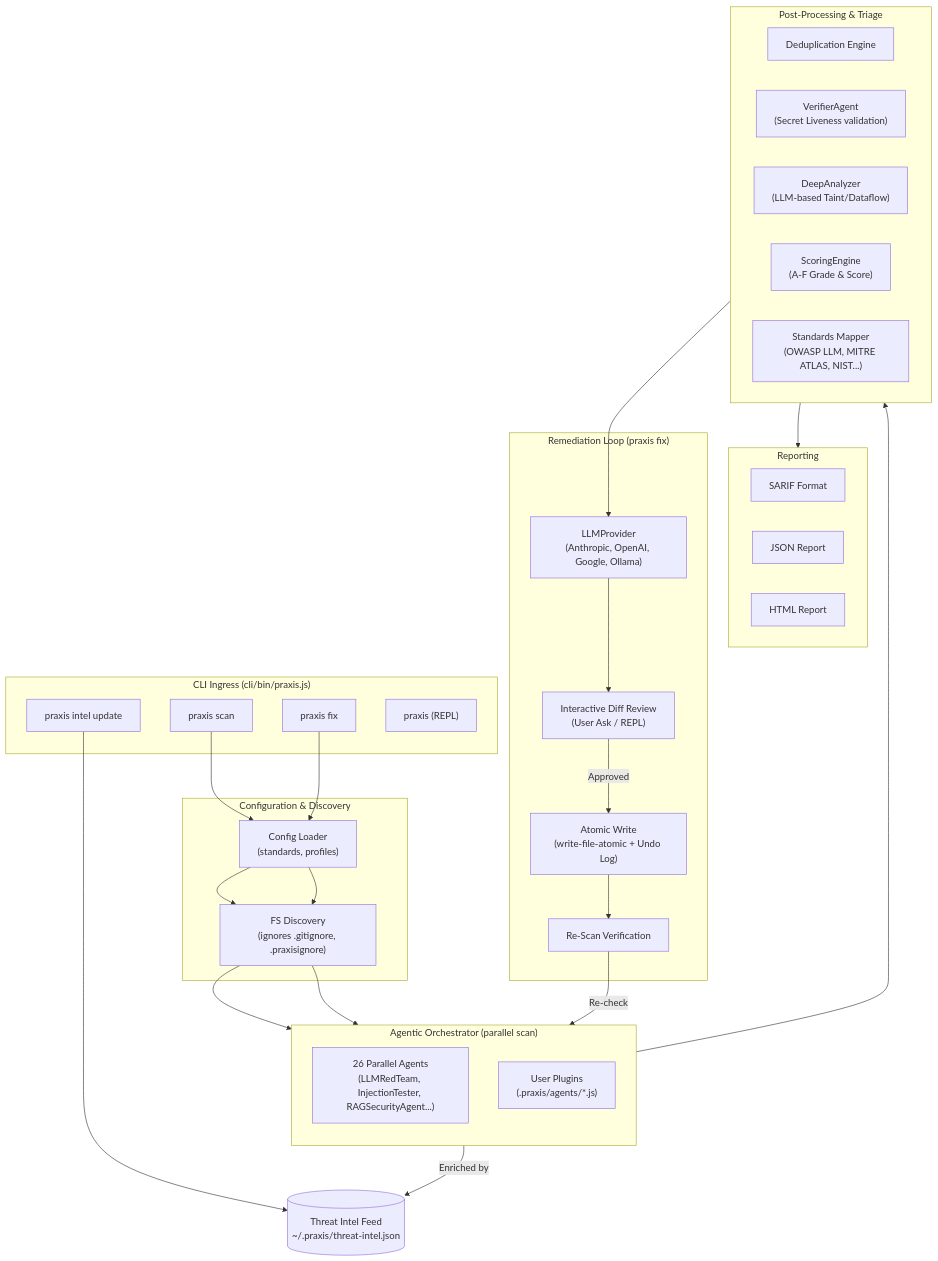
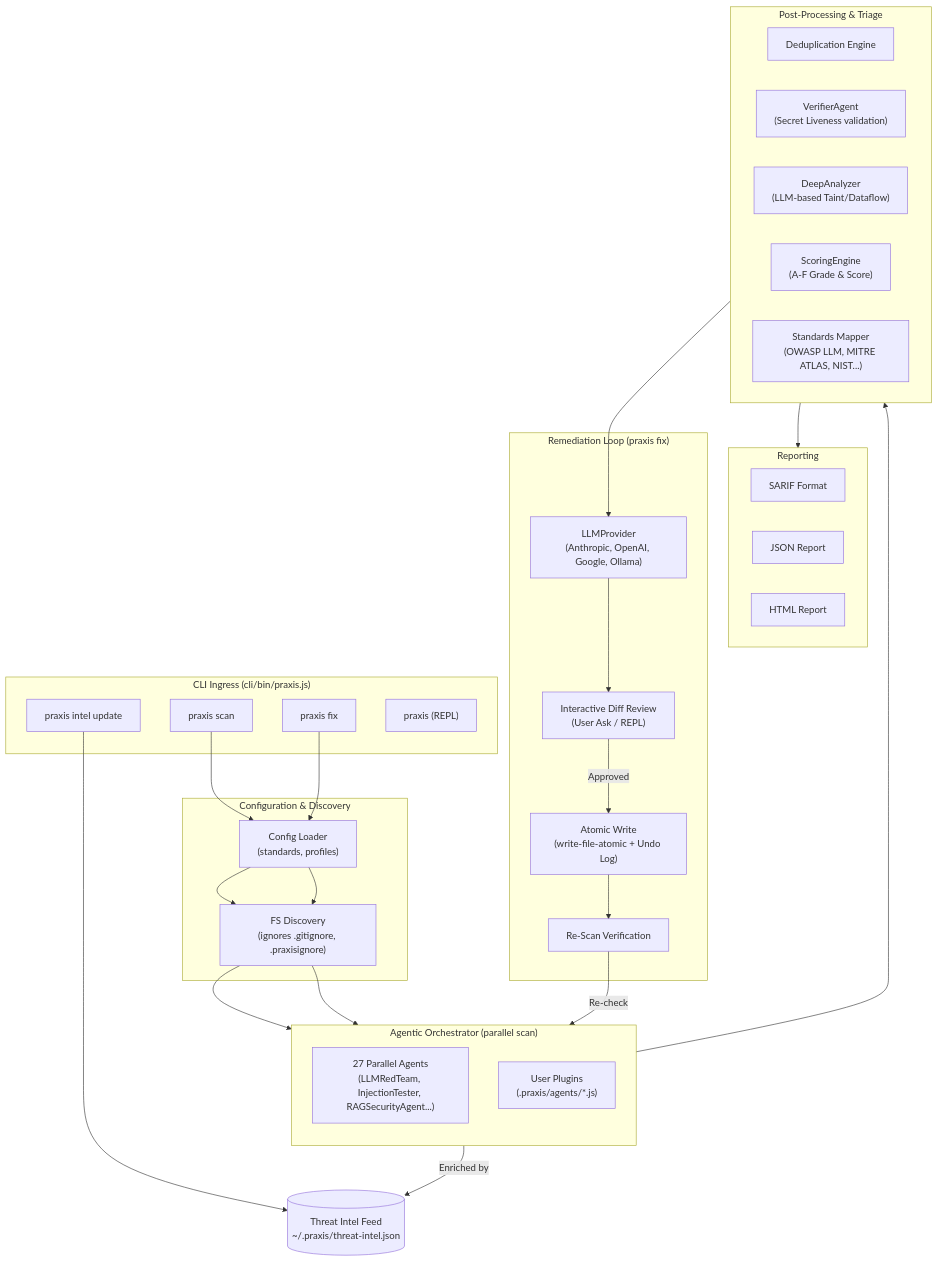
Before and after one commit to Ganron007/Praxis: the diagram in README.md, drawn with Mermaid. The commit also changed other lines of this file and 24 other files, not shown here.

Commit message:
feat: EndpointAgentAbuseAgent (EAA catalog) + MITRE ATLAS knowledge enrichment; 27 agents

````diff
--- a/README.md
+++ b/README.md
@@ -43,55 +43,55 @@
 ```mermaid
 flowchart TD
     subgraph CLI["CLI Ingress (cli/bin/praxis.js)"]
         SCAN["praxis scan"]
         FIX["praxis fix"]
         INTEL["praxis intel update"]
         REPL["praxis (REPL)"]
     end
 
     subgraph Config["Configuration & Discovery"]
         DISC["FS Discovery<br/>(ignores .gitignore, .praxisignore)"]
         CONF["Config Loader<br/>(standards, profiles)"]
     end
 
     subgraph Orchestrator["Agentic Orchestrator (parallel scan)"]
         direction TB
-        AGENTS["26 Parallel Agents<br/>(LLMRedTeam, InjectionTester, RAGSecurityAgent...)"]
+        AGENTS["27 Parallel Agents<br/>(LLMRedTeam, InjectionTester, RAGSecurityAgent...)"]
         PLUGINS["User Plugins<br/>(.praxis/agents/*.js)"]
     end
 
     subgraph Post["Post-Processing & Triage"]
         DEDUPE["Deduplication Engine"]
         VERIFY_AP["VerifierAgent<br/>(Secret Liveness validation)"]
         DEEP["DeepAnalyzer<br/>(LLM-based Taint/Dataflow)"]
         SCORE["ScoringEngine<br/>(A-F Grade & Score)"]
         MAP["Standards Mapper<br/>(OWASP LLM, MITRE ATLAS, NIST...)"]
     end
 
     subgraph Output["Reporting"]
         SARIF["SARIF Format"]
         JSON["JSON Report"]
         HTML["HTML Report"]
     end
 
     subgraph FixLoop["Remediation Loop (praxis fix)"]
         LLM_PROV["LLMProvider<br/>(Anthropic, OpenAI, Google, Ollama)"]
         ASK["Interactive Diff Review<br/>(User Ask / REPL)"]
         APPLY["Atomic Write<br/>(write-file-atomic + Undo Log)"]
         VERIFY["Re-Scan Verification"]
     end
 
     SCAN --> CONF --> DISC --> Orchestrator
     Orchestrator --> Post
     Post --> Output
 
     FIX --> CONF --> DISC --> Orchestrator
     Post --> LLM_PROV
     LLM_PROV --> ASK
     ASK -->|Approved| APPLY
     APPLY --> VERIFY
     VERIFY -->|Re-check| Orchestrator
     
     INTEL --> INTEL_FEED[("Threat Intel Feed<br/>~/.praxis/threat-intel.json")]
     Orchestrator -->|Enriched by| INTEL_FEED
 ```
````
